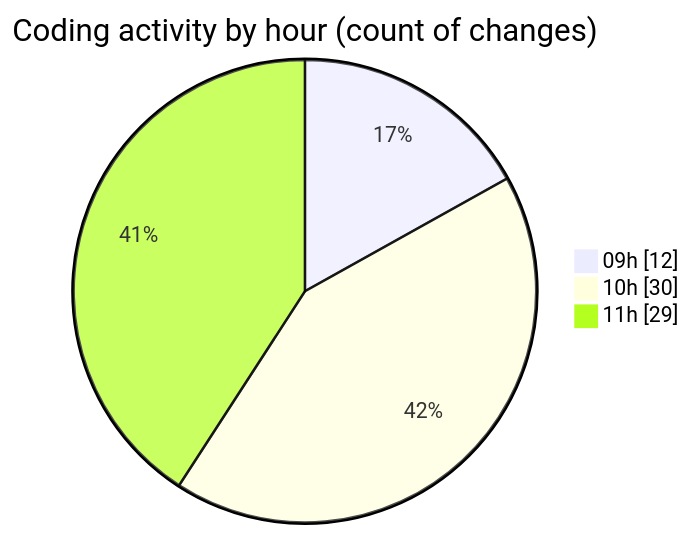
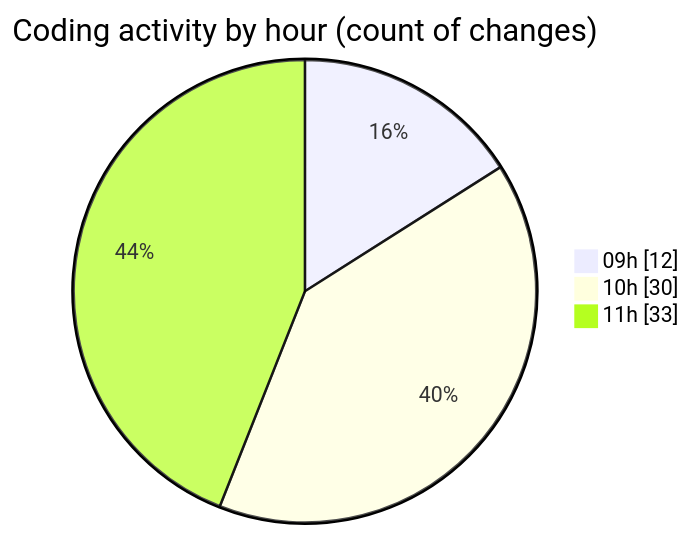
Before and after one commit to momahboobian/code-tracking: the second of 2 diagrams in 2025-02-06/cda/README.md, drawn with Mermaid. The commit also changed other lines of this file and 1 other file, not shown here.

````diff
--- a/2025-02-06/cda/README.md
+++ b/2025-02-06/cda/README.md
@@ -35,7 +35,7 @@
 ```mermaid
 pie showData
 title Coding activity by hour (count of changes)
 "09h" : 12
 "10h" : 30
-"11h" : 29
+"11h" : 33
 ```
````
